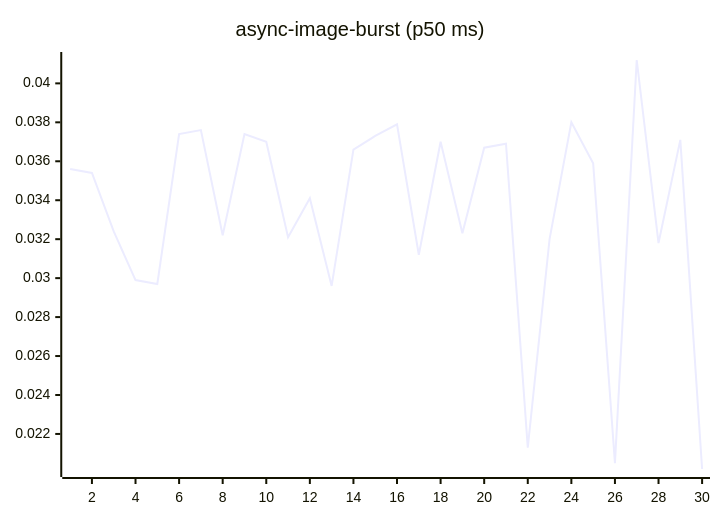
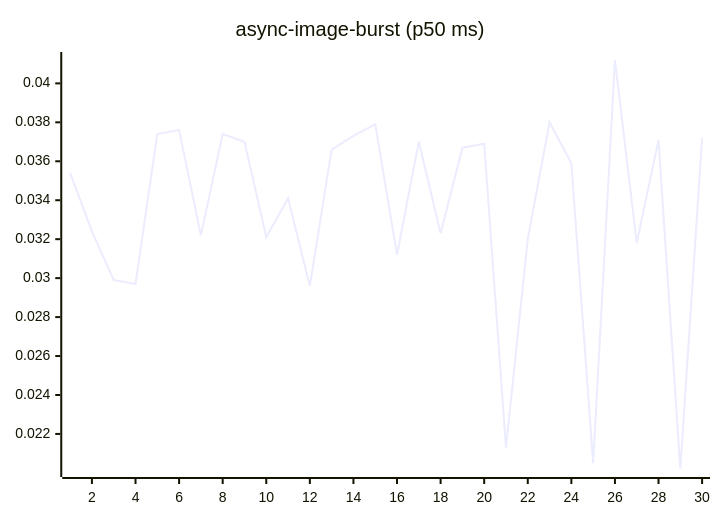
Before and after one commit to josha/Facet: the fourth of 27 diagrams in README.md, drawn with Mermaid. The commit also changed other lines of this file and 2 other files, not shown here.

````diff
--- a/README.md
+++ b/README.md
@@ -84,6 +84,6 @@
 ```mermaid
 xychart-beta
     title "async-image-burst (p50 ms)"
     x-axis 1 --> 30
-    line [0.0356, 0.0354, 0.0324, 0.0299, 0.0297, 0.0374, 0.0376, 0.0322, 0.0374, 0.0370, 0.0321, 0.0341, 0.0296, 0.0366, 0.0373, 0.0379, 0.0312, 0.0370, 0.0323, 0.0367, 0.0369, 0.0213, 0.0320, 0.0380, 0.0359, 0.0205, 0.0412, 0.0318, 0.0371, 0.0202]
+    line [0.0354, 0.0324, 0.0299, 0.0297, 0.0374, 0.0376, 0.0322, 0.0374, 0.0370, 0.0321, 0.0341, 0.0296, 0.0366, 0.0373, 0.0379, 0.0312, 0.0370, 0.0323, 0.0367, 0.0369, 0.0213, 0.0320, 0.0380, 0.0359, 0.0205, 0.0412, 0.0318, 0.0371, 0.0202, 0.0372]
 ```
````
